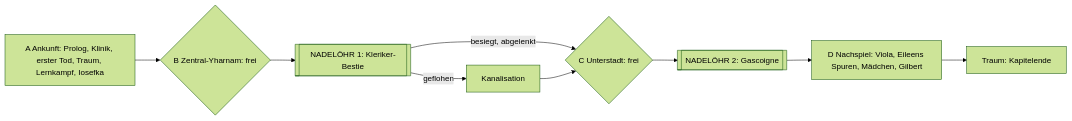
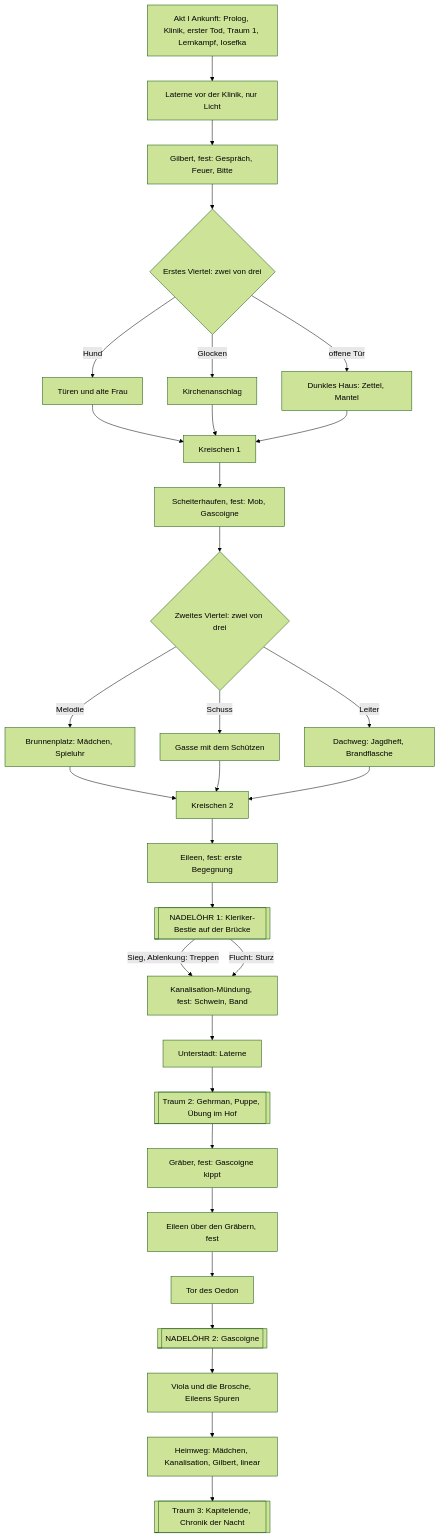
One commit to kortjannis-web/BB-Game changed the diagram in docs/kapitel1-struktur.md. Above: the diagram before and after it, drawn with Mermaid (forest theme). The commit also changed other lines of this file and 33 other files, not shown here.

First line of the commit message:
Kapitel 1 als Entscheidungsbuch umgebaut: vier Akte, Kartenmodell (zwei von drei), Nachbild mit Monolog und Story-Fragment, drei feste Traumszenen; Blutechos, Stärkung, Bad der Boten, Jägermarken und Laternen als Speicherpunkte entfallen

````diff
--- a/docs/kapitel1-struktur.md
+++ b/docs/kapitel1-struktur.md
@@ -14,10 +11,33 @@
 ```mermaid
-flowchart LR
-  A[A Ankunft: Prolog, Klinik, erster Tod, Traum, Lernkampf, Iosefka] --> B{B Zentral-Yharnam: frei}
-  B --> N1[[NADELÖHR 1: Kleriker-Bestie]]
-  N1 -->|besiegt, abgelenkt| C{C Unterstadt: frei}
-  N1 -->|geflohen| K[Kanalisation] --> C
-  C --> N2[[NADELÖHR 2: Gascoigne]]
-  N2 --> D[D Nachspiel: Viola, Eileens Spuren, Mädchen, Gilbert]
-  D --> T[Traum: Kapitelende]
+flowchart TD
+  A[Akt I Ankunft: Prolog, Klinik, erster Tod, Traum 1, Lernkampf, Iosefka] --> L1[Laterne vor der Klinik, nur Licht]
+  L1 --> G[Gilbert, fest: Gespräch, Feuer, Bitte]
+  G --> V1{Erstes Viertel: zwei von drei}
+  V1 -->|Hund| T[Türen und alte Frau]
+  V1 -->|Glocken| AN[Kirchenanschlag]
+  V1 -->|offene Tür| H[Dunkles Haus: Zettel, Mantel]
+  T --> S1[Kreischen 1]
+  AN --> S1
+  H --> S1
+  S1 --> SH[Scheiterhaufen, fest: Mob, Gascoigne]
+  SH --> V2{Zweites Viertel: zwei von drei}
+  V2 -->|Melodie| M[Brunnenplatz: Mädchen, Spieluhr]
+  V2 -->|Schuss| D[Gasse mit dem Schützen]
+  V2 -->|Leiter| DW[Dachweg: Jagdheft, Brandflasche]
+  M --> S2[Kreischen 2]
+  D --> S2
+  DW --> S2
+  S2 --> E1[Eileen, fest: erste Begegnung]
+  E1 --> N1[[NADELÖHR 1: Kleriker-Bestie auf der Brücke]]
+  N1 -->|Sieg, Ablenkung: Treppen| K[Kanalisation-Mündung, fest: Schwein, Band]
+  N1 -->|Flucht: Sturz| K
+  K --> U[Unterstadt: Laterne]
+  U --> T2[[Traum 2: Gehrman, Puppe, Übung im Hof]]
+  T2 --> GR[Gräber, fest: Gascoigne kippt]
+  GR --> E2[Eileen über den Gräbern, fest]
+  E2 --> TOR[Tor des Oedon]
+  TOR --> N2[[NADELÖHR 2: Gascoigne]]
+  N2 --> VI[Viola und die Brosche, Eileens Spuren]
+  VI --> HW[Heimweg: Mädchen, Kanalisation, Gilbert, linear]
+  HW --> T3[[Traum 3: Kapitelende, Chronik der Nacht]]
 ```
````
